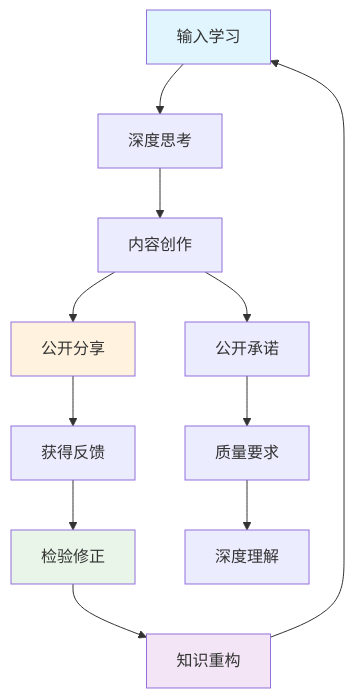
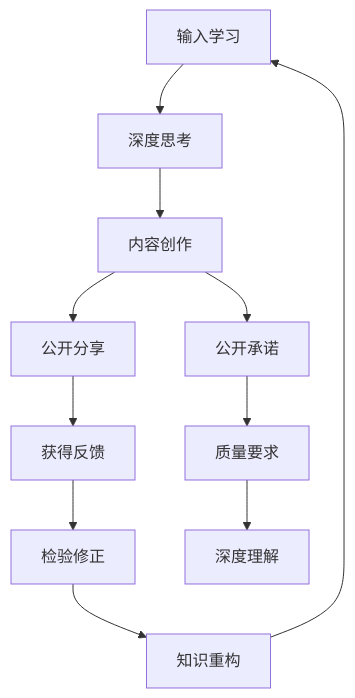
The tenth of 52 diagrams in _posts/2025-11-08-book-01-feynman-approach.md (fangkun119/tech-page), drawn with Mermaid before and after one commit. The commit also changed other lines of this file and 1 other file, not shown here.

Commit message:
feat: adjust diagram color

````diff
--- a/_posts/2025-11-08-book-01-feynman-approach.md
+++ b/_posts/2025-11-08-book-01-feynman-approach.md
@@ -1076,19 +1035,14 @@
 ```mermaid
 graph TD
     A[输入学习] --> B[深度思考]
     B --> C[内容创作]
     C --> D[公开分享]
     D --> E[获得反馈]
     E --> F[检验修正]
     F --> G[知识重构]
     G --> A
 
     H[公开承诺] --> I[质量要求]
     I --> J[深度理解]
     C --> H
-
-    style A fill:#e1f5fe
-    style D fill:#fff3e0
-    style F fill:#e8f5e8
-    style G fill:#f3e5f5
 ```
````
